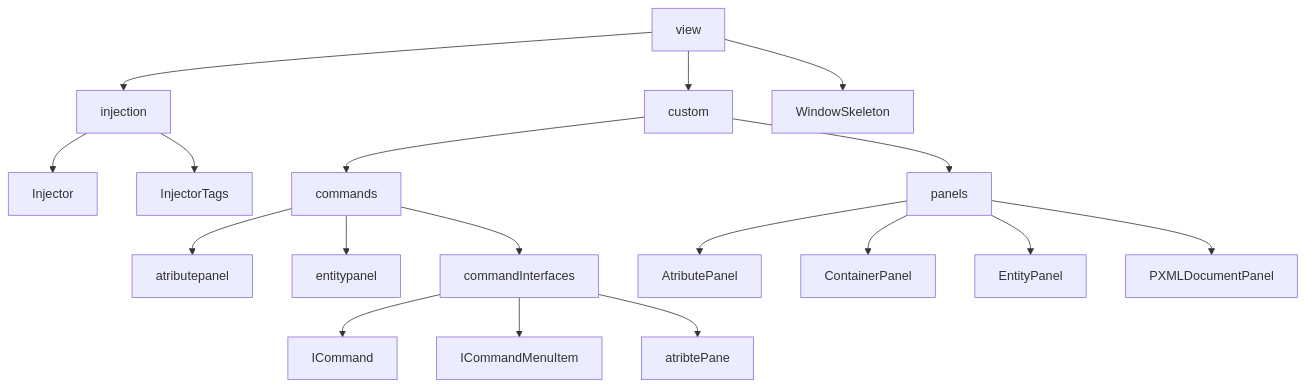
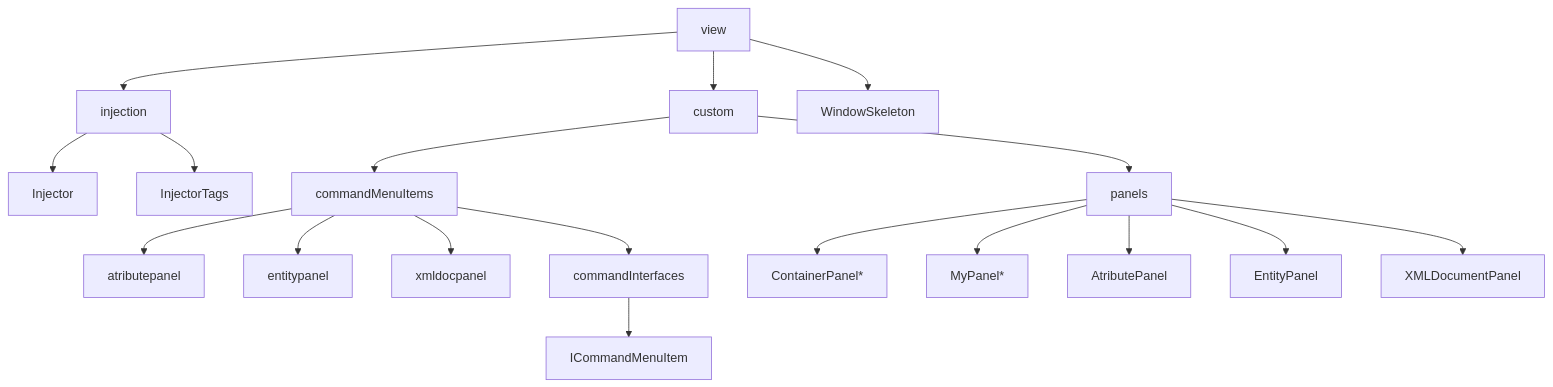
One commit to JoaoAlmeida-dev/XML-Generator-API-AdvancedProgramming changed the third of 8 diagrams in README.md. Above: the diagram before and after it, drawn with Mermaid. The commit also changed other lines of this file and 38 other files, not shown here.

Commit message:
separated COmmands from CommandMenuItems

````diff
--- a/README.md
+++ b/README.md
@@ -84,25 +92,24 @@
 ```mermaid
 graph TD;
    view --> custom
    view --> injection
    view --> WindowSkeleton
    
    injection --> Injector
    injection --> InjectorTags
    
    
-   custom --> commands
-   commands --> atributepanel
-   commands --> entitypanel 
-   commands --> commandInterfaces
-   commandInterfaces --> ICommand
-   commandInterfaces --> ICommandMenuItem
-   commandInterfaces --> atribtePane
+   custom --> commandMenuItems
+   commandMenuItems --> atributepanel
+   commandMenuItems --> entitypanel
+   commandMenuItems --> xmldocpanel
+   commandMenuItems --> commandInterfaces  --> ICommandMenuItem
    
    custom --> panels
+   panels --> ContainerPanel*
+   panels --> MyPanel*
    panels --> AtributePanel
-   panels --> ContainerPanel
    panels --> EntityPanel
-   panels --> PXMLDocumentPanel
+   panels --> XMLDocumentPanel
    
 ```
````
